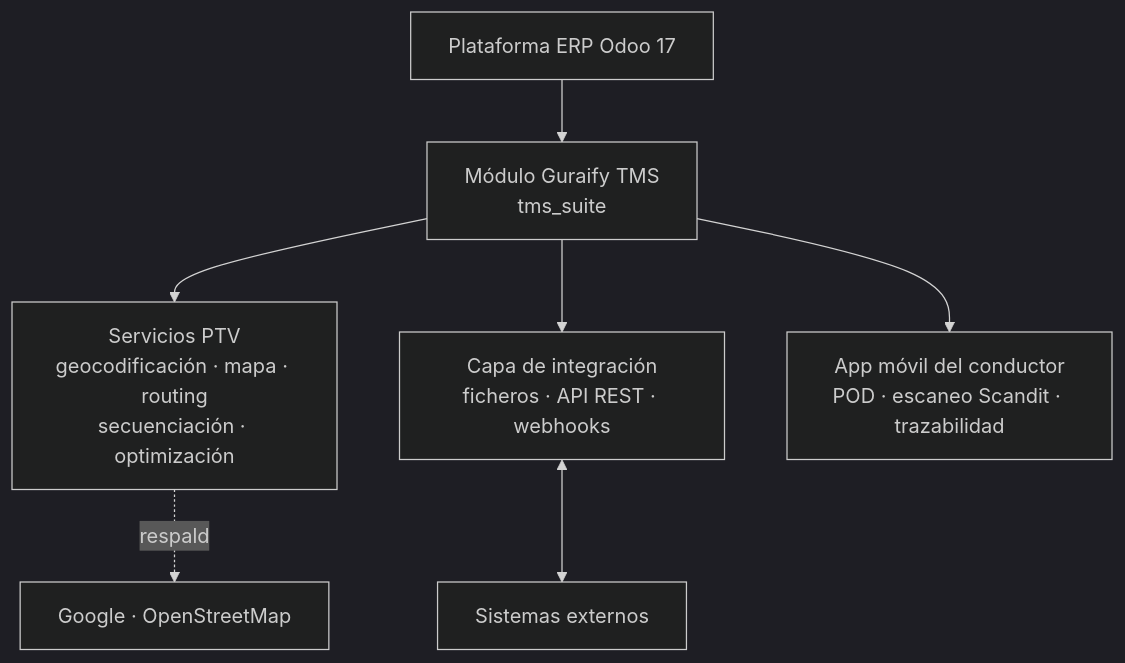
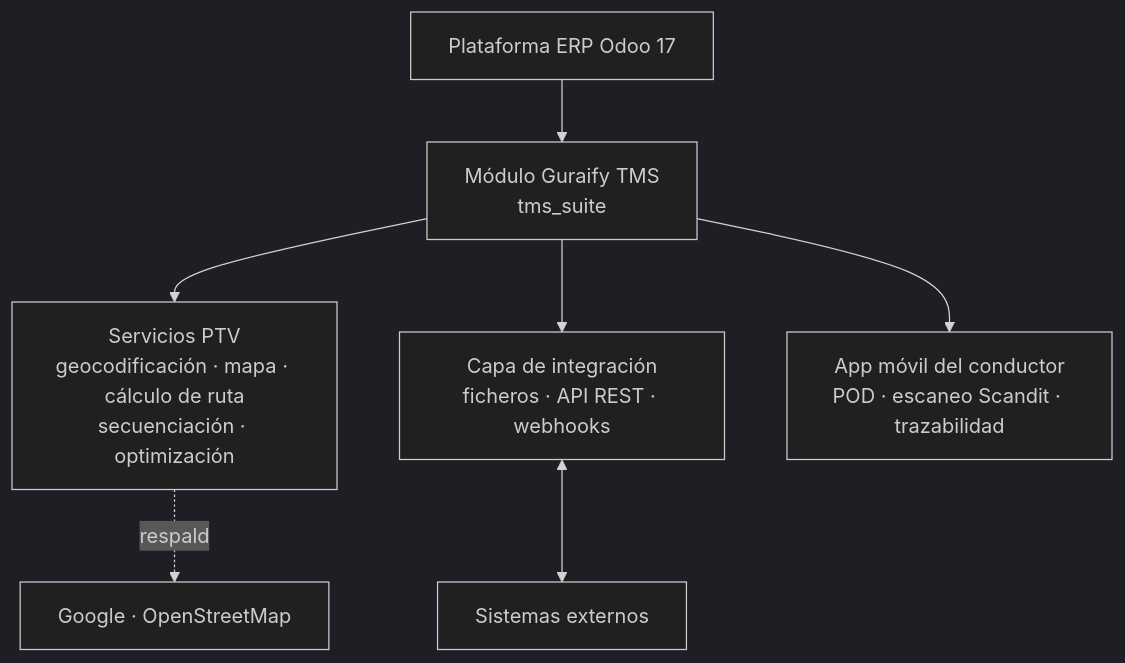
The diagram in source/17.0/1_introduction/1_4_technological-architecture.rst (pacoborrego/guraify-tms-docs), drawn with Mermaid (dark theme) before and after one commit. The commit also changed other lines of this file and 15 other files, not shown here.

Commit message:
260908_V05 — D6 cap. 3: identificadores fuera de la prosa, menú real en 3.1, enlaces al cap. 5, término Cálculo de ruta en el glosario

```diff
--- a/source/17.0/1_introduction/1_4_technological-architecture.rst
+++ b/source/17.0/1_introduction/1_4_technological-architecture.rst
@@ -14,9 +14,9 @@
 .. mermaid::
 
    flowchart TB
        ODOO[Plataforma ERP Odoo 17] --> TMS[Módulo Guraify TMS<br/>tms_suite]
-       TMS --> PTV[Servicios PTV<br/>geocodificación · mapa · routing<br/>secuenciación · optimización]
+       TMS --> PTV[Servicios PTV<br/>geocodificación · mapa · cálculo de ruta<br/>secuenciación · optimización]
        PTV -.respaldo.-> OSM[Google · OpenStreetMap]
        TMS --> INT[Capa de integración<br/>ficheros · API REST · webhooks]
        TMS --> APP[App móvil del conductor<br/>POD · escaneo Scandit · trazabilidad]
        INT <--> EXT[Sistemas externos]
```
